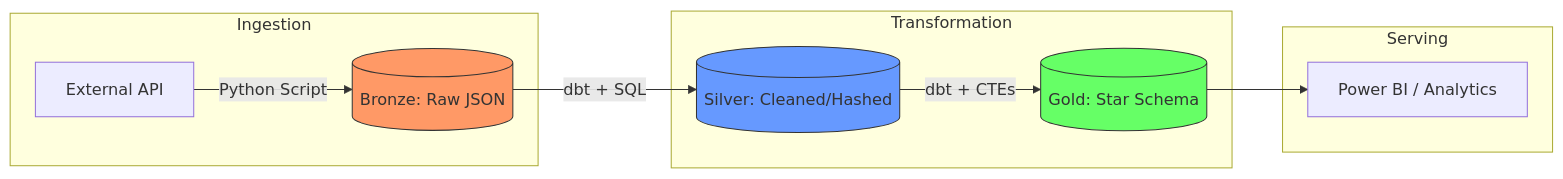
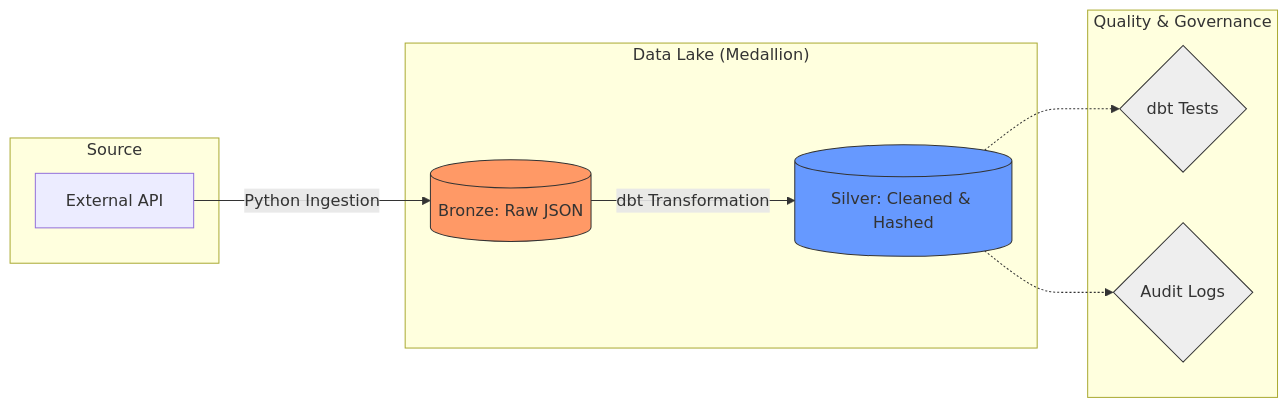
Before and after one commit to Purnimachopra/E-Commerce-Sales-Analytics-Engineering: the diagram in README.md, drawn with Mermaid.

````diff
--- a/README.md
+++ b/README.md
@@ -2,16 +2,21 @@
 ```mermaid
 graph LR
-    subgraph Ingestion
-    A[External API] -->|Python Script| B[(Bronze: Raw JSON)]
+    subgraph Source
+    A[External API]
     end
-    subgraph Transformation
-    B -->|dbt + SQL| C[(Silver: Cleaned/Hashed)]
-    C -->|dbt + CTEs| D[(Gold: Star Schema)]
+
+    subgraph "Data Lake (Medallion)"
+    A -->|Python Ingestion| B[(Bronze: Raw JSON)]
+    B -->|dbt Transformation| C[(Silver: Cleaned & Hashed)]
     end
-    subgraph Serving
-    D --> E[Power BI / Analytics]
+
+    subgraph "Quality & Governance"
+    C -.-> D{dbt Tests}
+    C -.-> E{Audit Logs}
     end
+
     style B fill:#f96,stroke:#333
     style C fill:#69f,stroke:#333
-    style D fill:#6f6,stroke:#333
+    style D fill:#eee,stroke:#333
+    style E fill:#eee,stroke:#333
 ```
````
